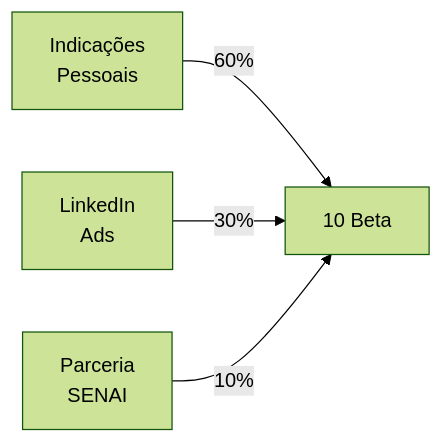
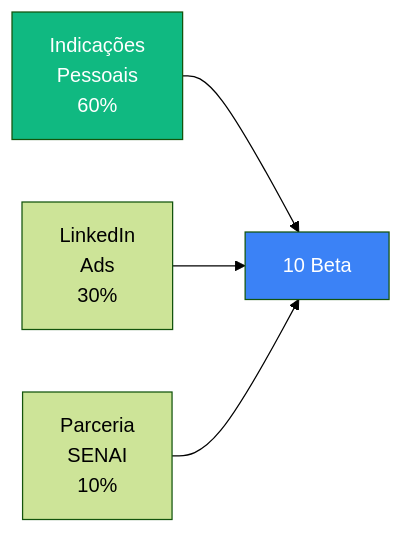
One commit to matheusmendes720/workconnect-tcc changed the second of 9 diagrams in documentation/docs/estrategia/go-to-market.mdx. Above: the diagram before and after it, drawn with Mermaid (forest theme). The commit also changed other lines of this file and 16 other files, not shown here.

````diff
--- a/documentation/docs/estrategia/go-to-market.mdx
+++ b/documentation/docs/estrategia/go-to-market.mdx
@@ -48,6 +61,9 @@
 ```mermaid
 flowchart LR
-    C1["Indicações<br/>Pessoais"] -->|"60%"| V1[10 Beta]
-    C2["LinkedIn<br/>Ads"] -->|"30%"| V1
-    C3["Parceria<br/>SENAI"] -->|"10%"| V1
+    C1["Indicações<br/>Pessoais<br/>60%"] --> V1[10 Beta]
+    C2["LinkedIn<br/>Ads<br/>30%"] --> V1
+    C3["Parceria<br/>SENAI<br/>10%"] --> V1
+
+    style C1 fill:#10b981,color:#fff
+    style V1 fill:#3b82f6,color:#fff
 ```
````
